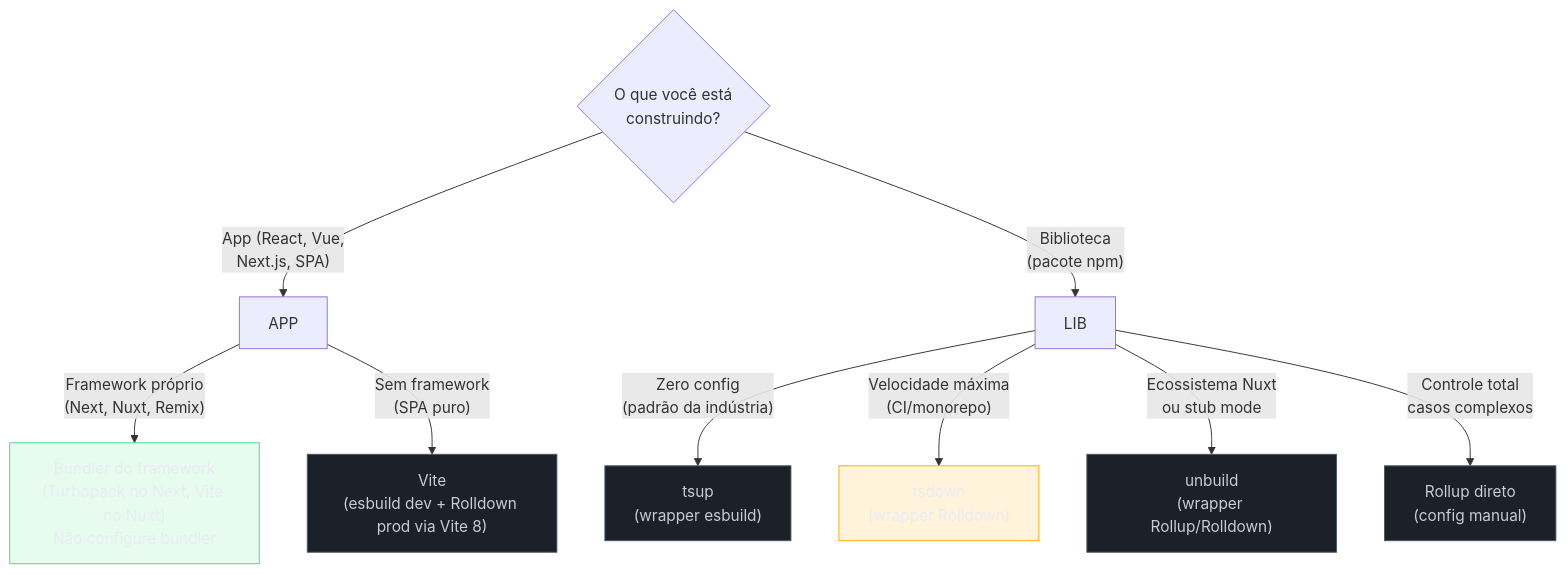
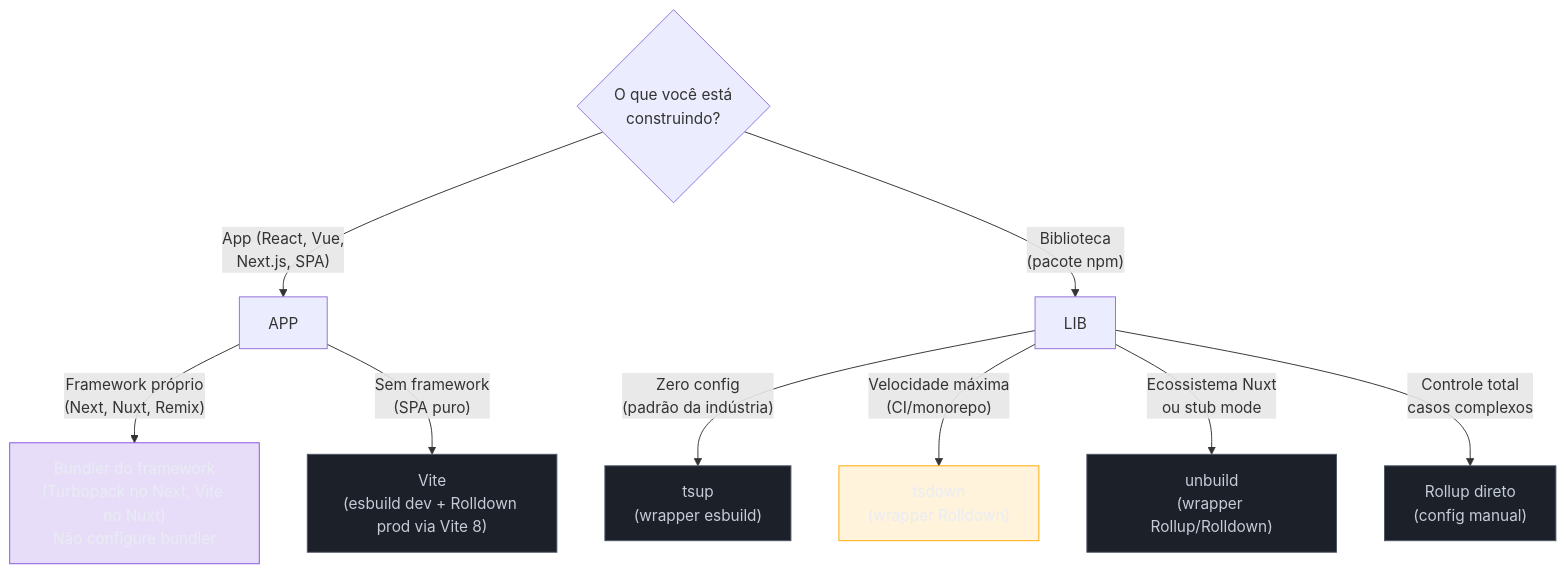
The seventh of 11 diagrams in 03-Dominios/Tecnologia/Tooling e Build/14 - Rollup, esbuild e Rolldown.md (josenaldo/codex-technomanticus), drawn with Mermaid before and after one commit. The commit also changed other lines of this file and 601 other files, not shown here.

````diff
--- a/03-Dominios/Tecnologia/Tooling e Build/14 - Rollup, esbuild e Rolldown.md
+++ b/03-Dominios/Tecnologia/Tooling e Build/14 - Rollup, esbuild e Rolldown.md
@@ -563,25 +563,25 @@
 ```mermaid
 flowchart TD
-    classDef ok fill:#4ADE8021,stroke:#4ADE80,color:#E9ECF2
+    classDef marca fill:#8855DF33,stroke:#8855DF,color:#E9ECF2
     classDef neutro fill:#1B2029,stroke:#4E5666,color:#C6CCD8
     classDef destaque fill:#FFAA0024,stroke:#FFAA00,color:#E9ECF2
     Q1{"O que você está\nconstruindo?"}
 
     Q1 -->|"App (React, Vue,\nNext.js, SPA)"| APP
     Q1 -->|"Biblioteca\n(pacote npm)"| LIB
 
     APP -->|"Framework próprio\n(Next, Nuxt, Remix)"| FRAMEWORK["Bundler do framework\n(Turbopack no Next, Vite no Nuxt)\nNão configure bundler"]
     APP -->|"Sem framework\n(SPA puro)"| VITE["Vite\n(esbuild dev + Rolldown prod via Vite 8)"]
 
     LIB -->|"Zero config\n(padrão da indústria)"| TSUP["tsup\n(wrapper esbuild)"]
     LIB -->|"Velocidade máxima\n(CI/monorepo)"| TSDOWN["tsdown\n(wrapper Rolldown)"]
     LIB -->|"Ecossistema Nuxt\nou stub mode"| UNBUILD["unbuild\n(wrapper Rollup/Rolldown)"]
     LIB -->|"Controle total\ncasos complexos"| ROLLUP["Rollup direto\n(config manual)"]
 
-    class FRAMEWORK ok
+    class FRAMEWORK marca
     class VITE neutro
     class TSUP neutro
     class TSDOWN destaque
     class UNBUILD neutro
     class ROLLUP neutro
 ```
````
